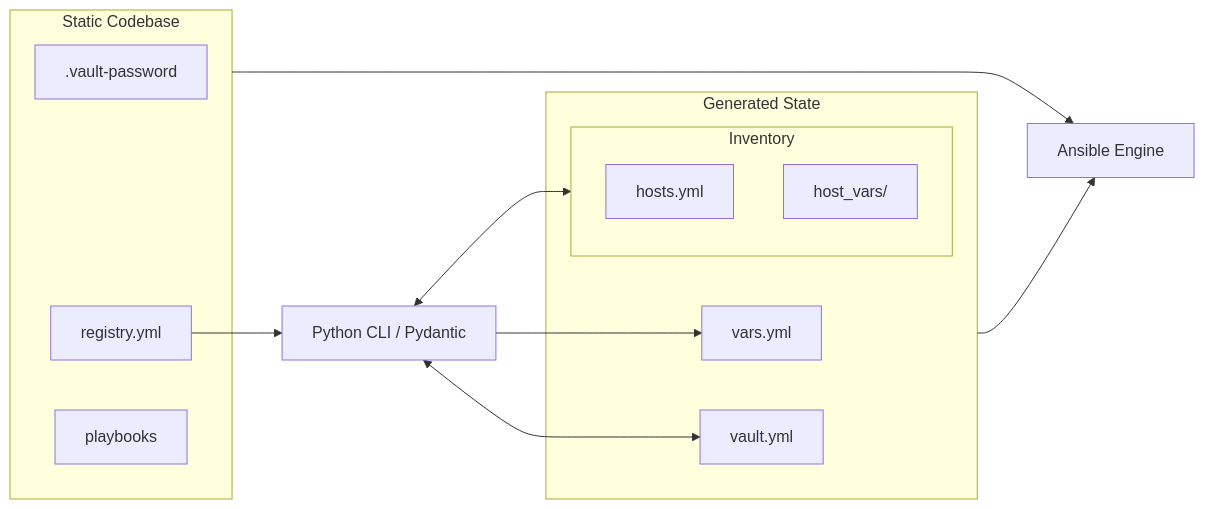
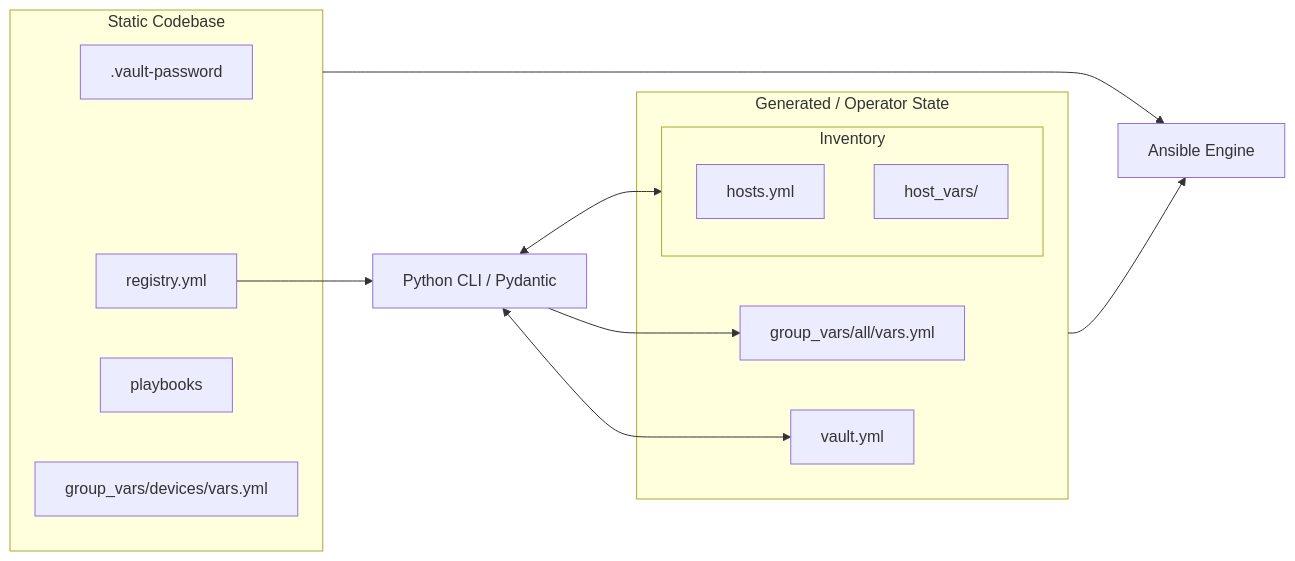
One commit to BinaryBand/raspberry-hi changed the first of 3 diagrams in docs/SPECS.md. Above: the diagram before and after it, drawn with Mermaid. The commit also changed other lines of this file and 7 other files, not shown here.

````diff
--- a/docs/SPECS.md
+++ b/docs/SPECS.md
@@ -14,23 +14,24 @@
 ```mermaid
 flowchart LR
   subgraph STAT [Static Codebase]
       VP[.vault-password]
       R[registry.yml]
       PB[playbooks]
+      GVD[group_vars/devices/vars.yml]
   end
 
-  subgraph VARS [Generated State]
+  subgraph VARS [Generated / Operator State]
     subgraph INV [Inventory]
       H[hosts.yml]
       HV[host_vars/]
     end
-    VAR[vars.yml]
+    VAR[group_vars/all/vars.yml]
     V[vault.yml]
   end
 
   R --> PY[Python CLI / Pydantic] --> VAR
   PY <--> INV
   PY <--> V
   STAT --> A[Ansible Engine]
   VARS --> A
 ```
````
